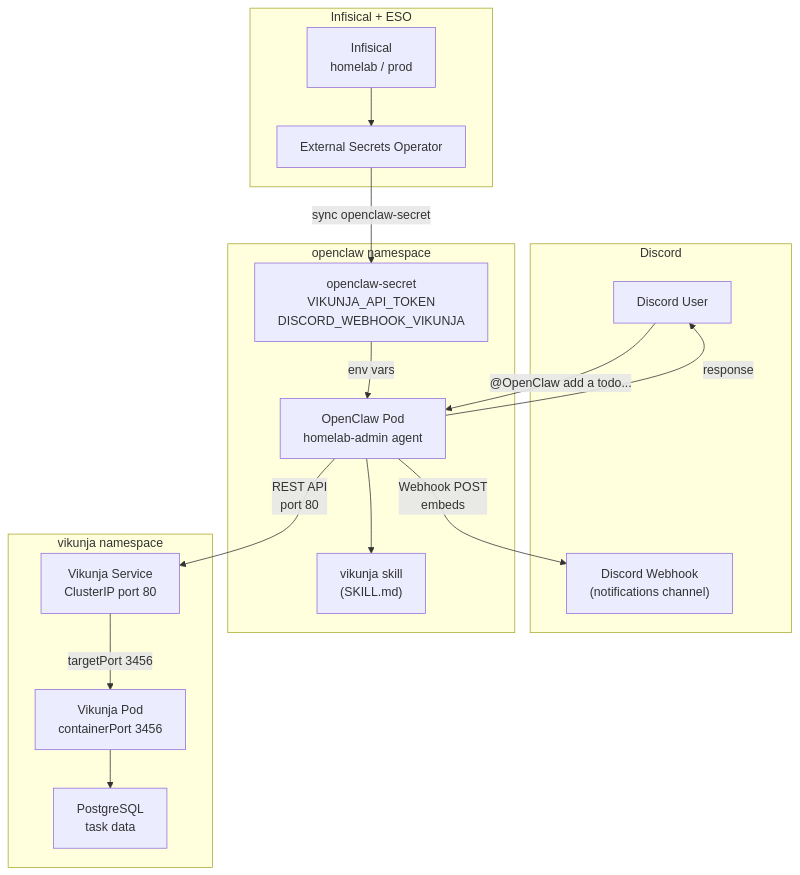
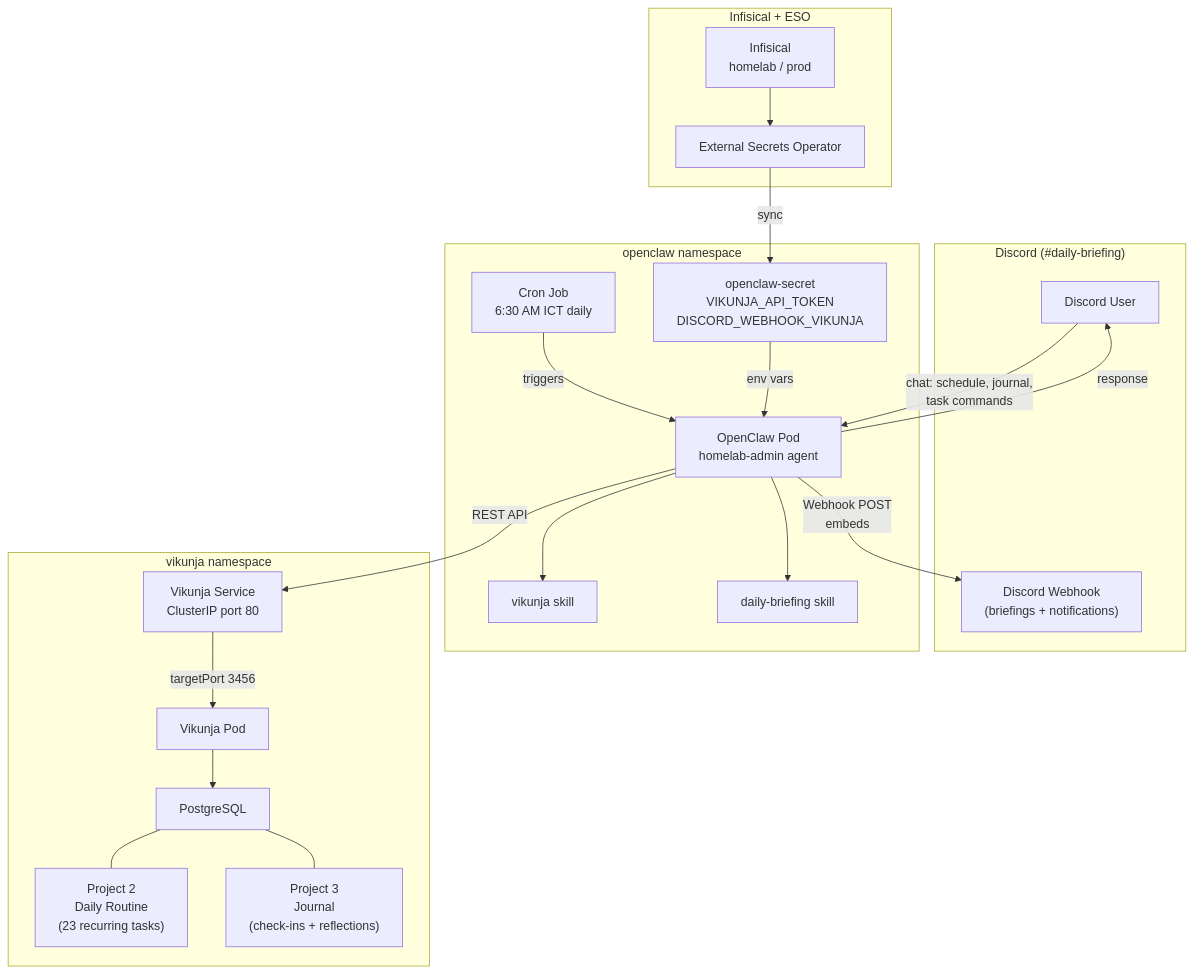
One commit to haingth77/homelab changed the first of 5 diagrams in k8s/apps/vikunja/README.md. Above: the diagram before and after it, drawn with Mermaid. The commit also changed other lines of this file and 3 other files, not shown here.

First line of the commit message:
docs: comprehensive documentation for daily routine, journal, and schedule management (#110)

````diff
--- a/k8s/apps/vikunja/README.md
+++ b/k8s/apps/vikunja/README.md
@@ -262,35 +300,41 @@
 ```mermaid
 flowchart TD
-    subgraph discord ["Discord"]
+    subgraph discord ["Discord (#daily-briefing)"]
         User["Discord User"]
-        Webhook["Discord Webhook\n(notifications channel)"]
+        Webhook["Discord Webhook\n(briefings + notifications)"]
     end
 
     subgraph openclawNs ["openclaw namespace"]
         OC["OpenClaw Pod\nhomelab-admin agent"]
-        VikSkill["vikunja skill\n(SKILL.md)"]
+        VikSkill["vikunja skill"]
+        BriefSkill["daily-briefing skill"]
+        Cron["Cron Job\n6:30 AM ICT daily"]
         OCSecret["openclaw-secret\nVIKUNJA_API_TOKEN\nDISCORD_WEBHOOK_VIKUNJA"]
-        OC --> VikSkill
+        OC --> VikSkill & BriefSkill
+        Cron -->|"triggers"| OC
         OCSecret -->|"env vars"| OC
     end
 
     subgraph vikunjaNs ["vikunja namespace"]
         VikSvc["Vikunja Service\nClusterIP port 80"]
-        VikPod["Vikunja Pod\ncontainerPort 3456"]
-        VikPG["PostgreSQL\ntask data"]
+        VikPod["Vikunja Pod"]
+        VikPG["PostgreSQL"]
+        Proj2["Project 2\nDaily Routine\n(23 recurring tasks)"]
+        Proj3["Project 3\nJournal\n(check-ins + reflections)"]
         VikSvc -->|"targetPort 3456"| VikPod
         VikPod --> VikPG
+        VikPG --- Proj2 & Proj3
     end
 
     subgraph infisicalNs ["Infisical + ESO"]
         Infisical["Infisical\nhomelab / prod"]
         ESO["External Secrets Operator"]
         Infisical --> ESO
-        ESO -->|"sync openclaw-secret"| OCSecret
+        ESO -->|"sync"| OCSecret
     end
 
-    User -->|"@OpenClaw add a todo..."| OC
-    OC -->|"REST API\nport 80"| VikSvc
+    User -->|"chat: schedule, journal,\ntask commands"| OC
+    OC -->|"REST API"| VikSvc
     OC -->|"Webhook POST\nembeds"| Webhook
     OC -->|"response"| User
 ```
````
